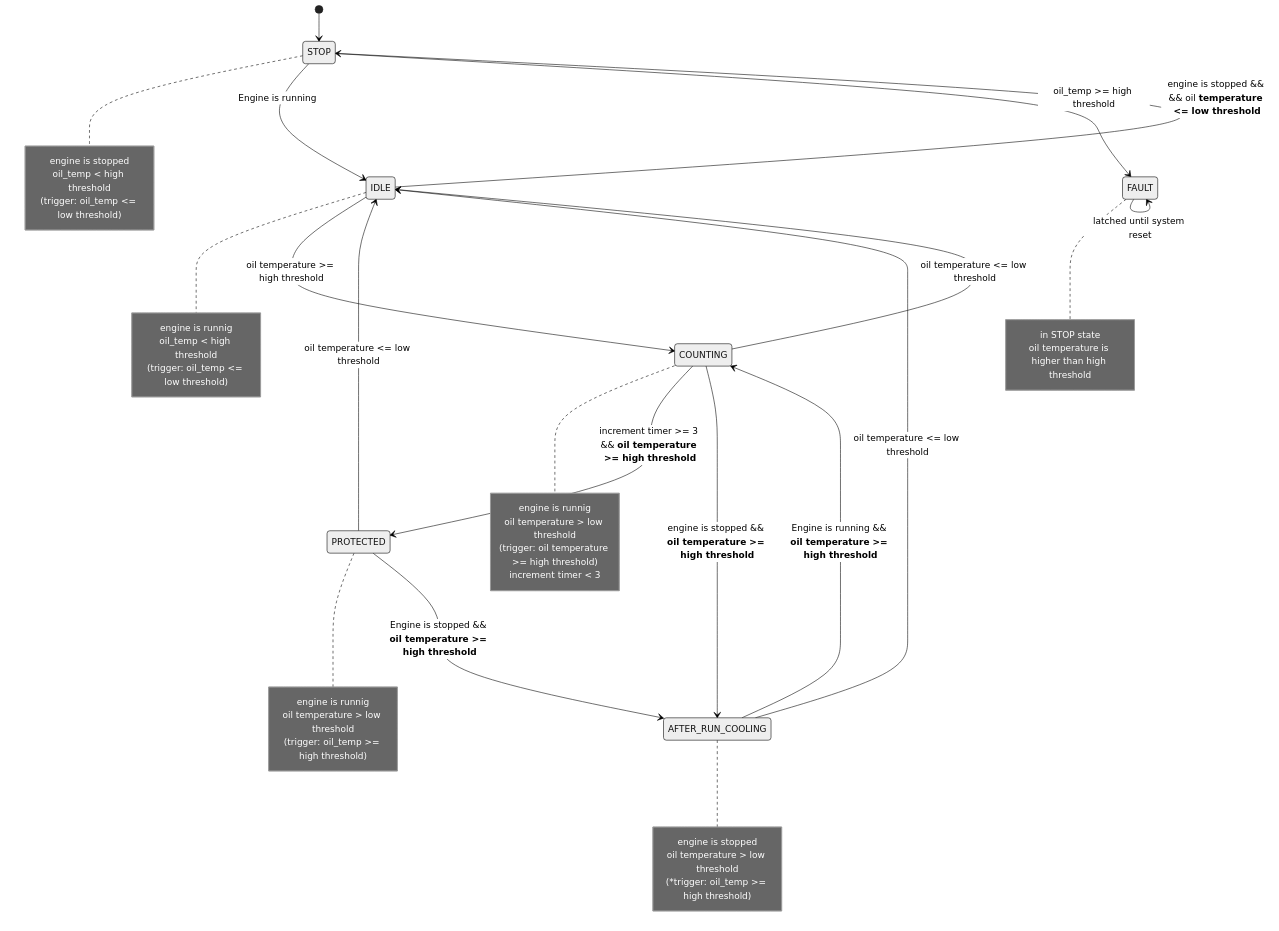
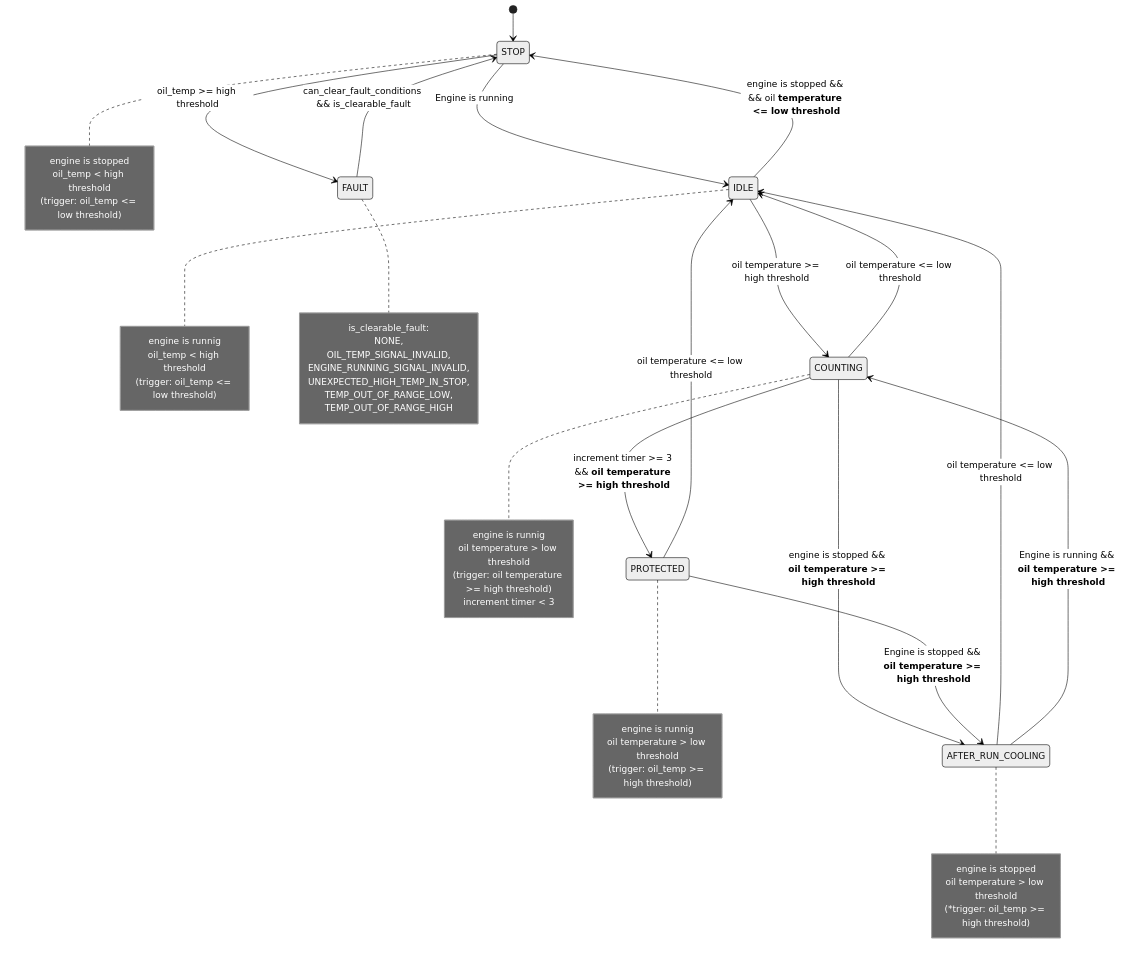
The diagram in README.md (CY-M02605/Embedded-Control-Architecture), drawn with Mermaid (neutral theme) before and after one commit. The commit also changed other lines of this file, not shown here.

Commit message:
docs: update README for state machine diagram

````diff
--- a/README.md
+++ b/README.md
@@ -235,52 +237,57 @@
 ```mermaid
 stateDiagram-v2
     [*] --> STOP
 
     note right of STOP
         engine is stopped
         oil_temp < high threshold
         (trigger: oil_temp <= low threshold)
     end note
     STOP --> IDLE: Engine is running
     STOP --> FAULT: oil_temp >= high threshold
 
     note right of IDLE
         engine is runnig
         oil_temp < high threshold
         (trigger: oil_temp <= low threshold)
     end note
     IDLE --> COUNTING: oil temperature >= high threshold
     IDLE --> STOP: engine is stopped && && oil **temperature <= low threshold**
 
     note right of COUNTING
         engine is runnig
         oil temperature > low threshold
         (trigger: oil temperature >= high threshold)
         increment timer < 3
     end note
     COUNTING --> PROTECTED: increment timer >= 3 && **oil temperature >= high threshold**
     COUNTING --> IDLE: oil temperature <= low threshold
     COUNTING --> AFTER_RUN_COOLING: engine is stopped && **oil temperature >= high threshold**
 
     note right of PROTECTED
         engine is runnig
         oil temperature > low threshold
         (trigger: oil_temp >= high threshold)
     end note
     PROTECTED --> IDLE: oil temperature <= low threshold
     PROTECTED --> AFTER_RUN_COOLING: Engine is stopped && **oil temperature >= high threshold**
 
     note right of AFTER_RUN_COOLING
         engine is stopped
         oil temperature > low threshold
         (*trigger: oil_temp >= high threshold)
     end note
     AFTER_RUN_COOLING --> IDLE: oil temperature <= low threshold
     AFTER_RUN_COOLING --> COUNTING: Engine is running && **oil temperature >= high threshold**
 
     note right of FAULT
-        in STOP state
-        oil temperature is higher than high threshold
+        is_clearable_fault:
+            NONE,
+            OIL_TEMP_SIGNAL_INVALID,
+            ENGINE_RUNNING_SIGNAL_INVALID,
+            UNEXPECTED_HIGH_TEMP_IN_STOP,
+            TEMP_OUT_OF_RANGE_LOW,
+            TEMP_OUT_OF_RANGE_HIGH
     end note
-    FAULT --> FAULT: latched until system reset
+    FAULT --> STOP: can_clear_fault_conditions && is_clearable_fault
 ```
````
